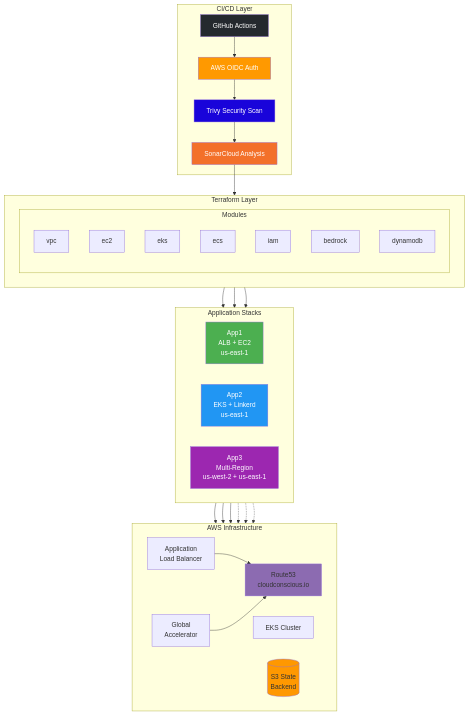
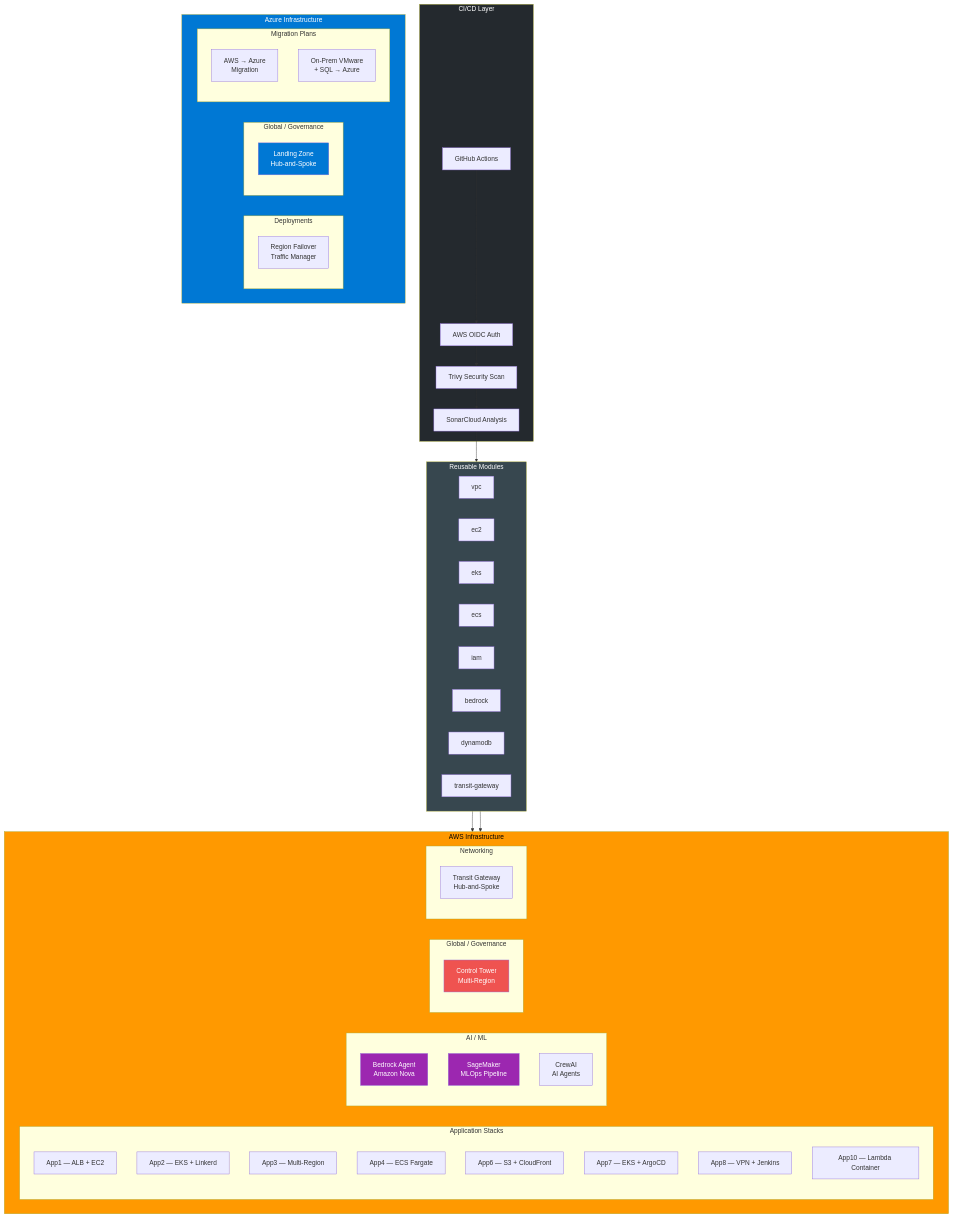
One commit to vegatros/repo1 changed the first of 5 diagrams in README.md. Above: the diagram before and after it, drawn with Mermaid. The commit also changed other lines of this file, not shown here.

````diff
--- a/README.md
+++ b/README.md
@@ -9,56 +9,72 @@
 ```mermaid
 graph TB
-    subgraph "CI/CD Layer"
+    subgraph CICD ["CI/CD Layer"]
         GH[GitHub Actions]
         OIDC[AWS OIDC Auth]
         Trivy[Trivy Security Scan]
         Sonar[SonarCloud Analysis]
     end
 
-    subgraph "Terraform Layer"
+    subgraph AWS ["AWS Infrastructure"]
         direction LR
-        subgraph Modules
-            VPC[vpc]
-            EC2M[ec2]
-            EKSM[eks]
-            ECSM[ecs]
-            IAMM[iam]
-            BRM[bedrock]
-            DDB[dynamodb]
+        subgraph AWSStacks ["Application Stacks"]
+            APP1["App1 — ALB + EC2"]
+            APP2["App2 — EKS + Linkerd"]
+            APP3["App3 — Multi-Region"]
+            APP4["App4 — ECS Fargate"]
+            APP6["App6 — S3 + CloudFront"]
+            APP7["App7 — EKS + ArgoCD"]
+            APP8["App8 — VPN + Jenkins"]
+            APP10["App10 — Lambda Container"]
+        end
+        subgraph AWSAI ["AI / ML"]
+            BEDROCK["Bedrock Agent\nAmazon Nova"]
+            SAGEMAKER["SageMaker\nMLOps Pipeline"]
+            CREW["CrewAI\nAI Agents"]
+        end
+        subgraph AWSGlobal ["Global / Governance"]
+            CT["Control Tower\nMulti-Region"]
+        end
+        subgraph AWSNet ["Networking"]
+            TGW["Transit Gateway\nHub-and-Spoke"]
         end
     end
 
-    subgraph "Application Stacks"
+    subgraph Azure ["Azure Infrastructure"]
         direction LR
-        APP1["App1<br/>ALB + EC2<br/>us-east-1"]
-        APP2["App2<br/>EKS + Linkerd<br/>us-east-1"]
-        APP3["App3<br/>Multi-Region<br/>us-west-2 + us-east-1"]
+        subgraph AzureStacks ["Deployments"]
+            AZRF["Region Failover\nTraffic Manager"]
+        end
+        subgraph AzureGlobal ["Global / Governance"]
+            ALZ["Landing Zone\nHub-and-Spoke"]
+        end
+        subgraph AzureMigrate ["Migration Plans"]
+            AWSMIG["AWS → Azure\nMigration"]
+            ONPMIG["On-Prem VMware\n+ SQL → Azure"]
+        end
     end
 
-    subgraph "AWS Infrastructure"
-        direction LR
-        R53[Route53<br/>cloudconscious.io]
-        ALB[Application<br/>Load Balancer]
-        EKS[EKS Cluster]
-        GA[Global<br/>Accelerator]
-        S3[(S3 State<br/>Backend)]
+    subgraph Modules ["Reusable Modules"]
+        MVPC[vpc] 
+        MEC2[ec2]
+        MEKS[eks]
+        MECS[ecs]
+        MIAM[iam]
+        MBRK[bedrock]
+        MDDB[dynamodb]
+        MTGW[transit-gateway]
     end
 
     GH --> OIDC --> Trivy --> Sonar
     Sonar --> Modules
-    Modules --> APP1 & APP2 & APP3
-    APP1 --> ALB --> R53
-    APP2 --> EKS
-    APP3 --> GA --> R53
-    APP1 & APP2 & APP3 -.-> S3
+    Modules --> AWSStacks & AWSAI
 
-    style GH fill:#24292e,color:#fff
-    style OIDC fill:#ff9900,color:#fff
-    style Trivy fill:#1904da,color:#fff
-    style Sonar fill:#f3702a,color:#fff
-    style APP1 fill:#4caf50,color:#fff
-    style APP2 fill:#2196f3,color:#fff
-    style APP3 fill:#9c27b0,color:#fff
-    style R53 fill:#8c6bb1
-    style S3 fill:#ff9800
+    style CICD fill:#24292e,color:#fff
+    style AWS fill:#ff9900,color:#000
+    style Azure fill:#0078d4,color:#fff
+    style Modules fill:#37474f,color:#fff
+    style BEDROCK fill:#9c27b0,color:#fff
+    style SAGEMAKER fill:#9c27b0,color:#fff
+    style CT fill:#ef5350,color:#fff
+    style ALZ fill:#0078d4,color:#fff
 ```
````
